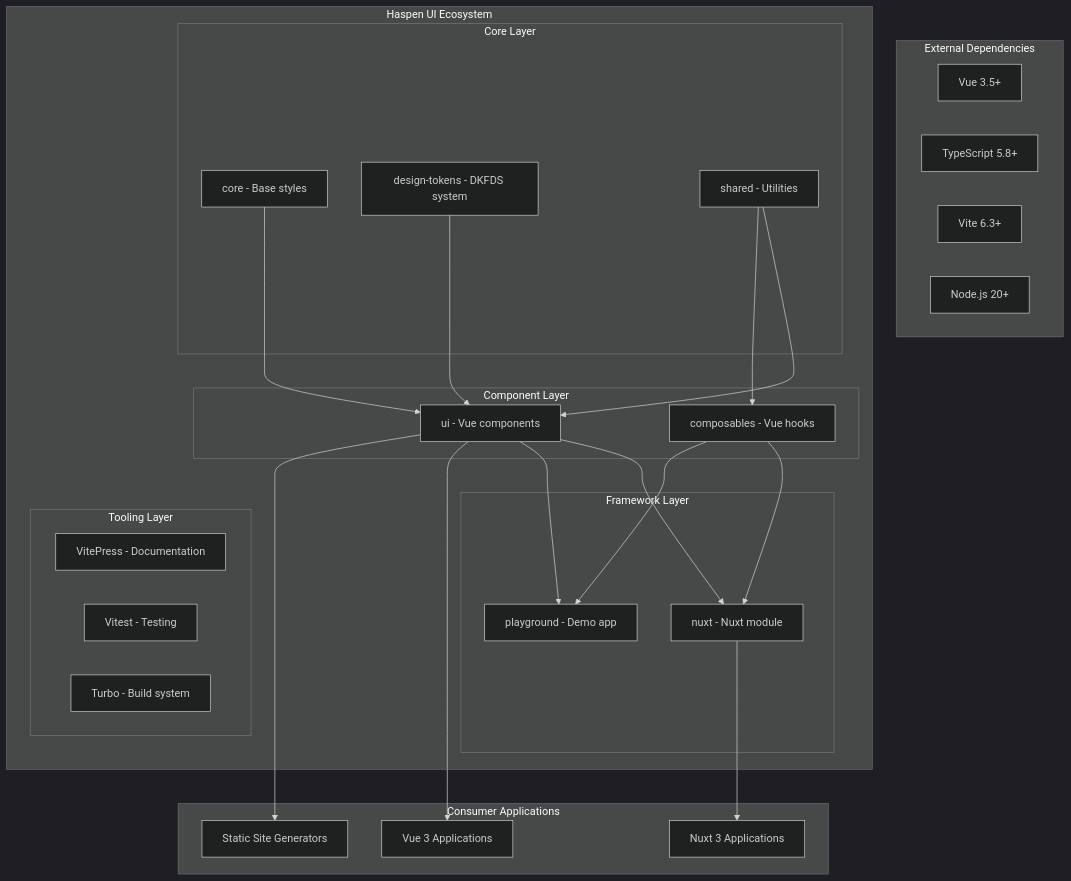
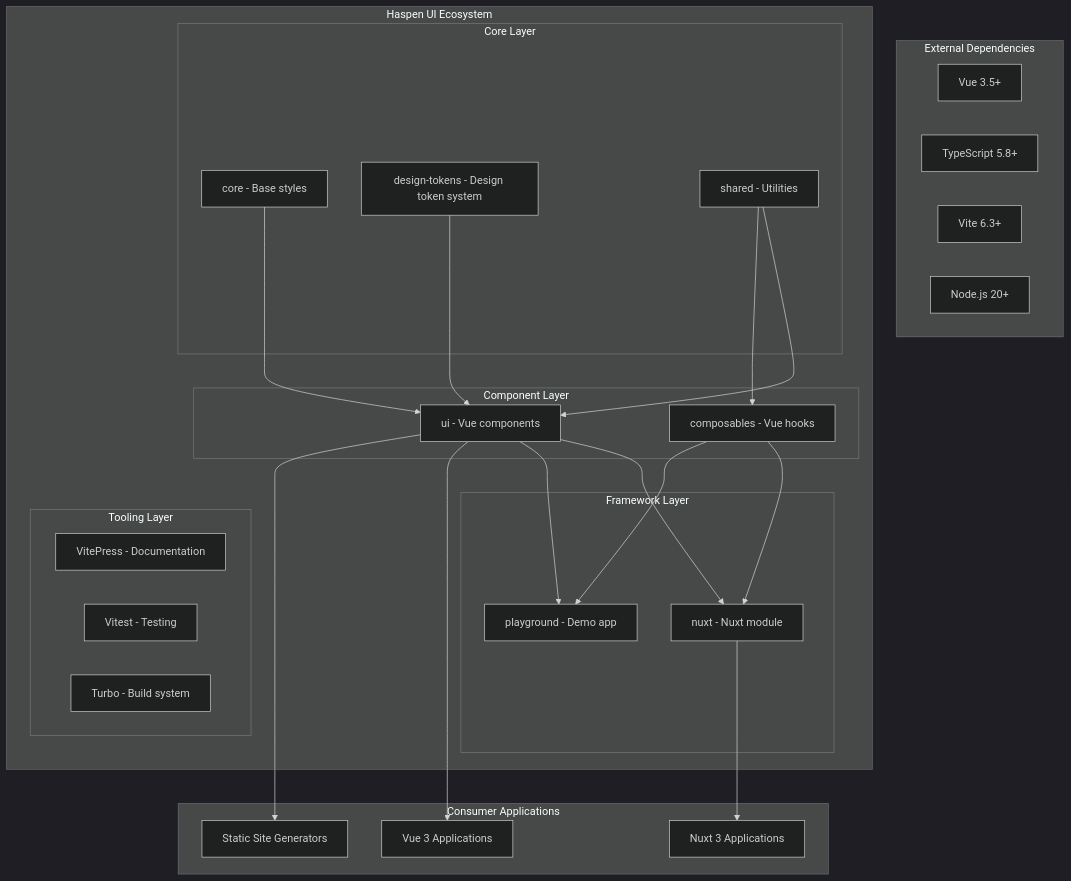
One commit to KlangHaus/grundtone changed the first of 4 diagrams in ARCHITECTURE.md. Above: the diagram before and after it, drawn with Mermaid (dark theme). The commit also changed other lines of this file and 41 other files, not shown here.

````diff
--- a/ARCHITECTURE.md
+++ b/ARCHITECTURE.md
@@ -16,52 +16,52 @@
 ```mermaid
 graph TB
     subgraph "External Dependencies"
         Vue[Vue 3.5+]
         TS[TypeScript 5.8+]
         Vite[Vite 6.3+]
         Node[Node.js 20+]
     end
 
     subgraph "Haspen UI Ecosystem"
         subgraph "Core Layer"
             Core[core - Base styles]
-            Tokens[design-tokens - DKFDS system]
+            Tokens[design-tokens - Design token system]
             Shared[shared - Utilities]
         end
 
         subgraph "Component Layer"
             UI[ui - Vue components]
             Composables[composables - Vue hooks]
         end
 
         subgraph "Framework Layer"
             Nuxt[nuxt - Nuxt module]
             Playground[playground - Demo app]
         end
 
         subgraph "Tooling Layer"
             Docs[VitePress - Documentation]
             Tests[Vitest - Testing]
             Build[Turbo - Build system]
         end
     end
 
     subgraph "Consumer Applications"
         VueApp[Vue 3 Applications]
         NuxtApp[Nuxt 3 Applications]
         SSG[Static Site Generators]
     end
 
     Core --> UI
     Tokens --> UI
     Shared --> UI
     Shared --> Composables
     UI --> Nuxt
     Composables --> Nuxt
     UI --> Playground
     Composables --> Playground
 
     UI --> VueApp
     Nuxt --> NuxtApp
     UI --> SSG
 ```
````
